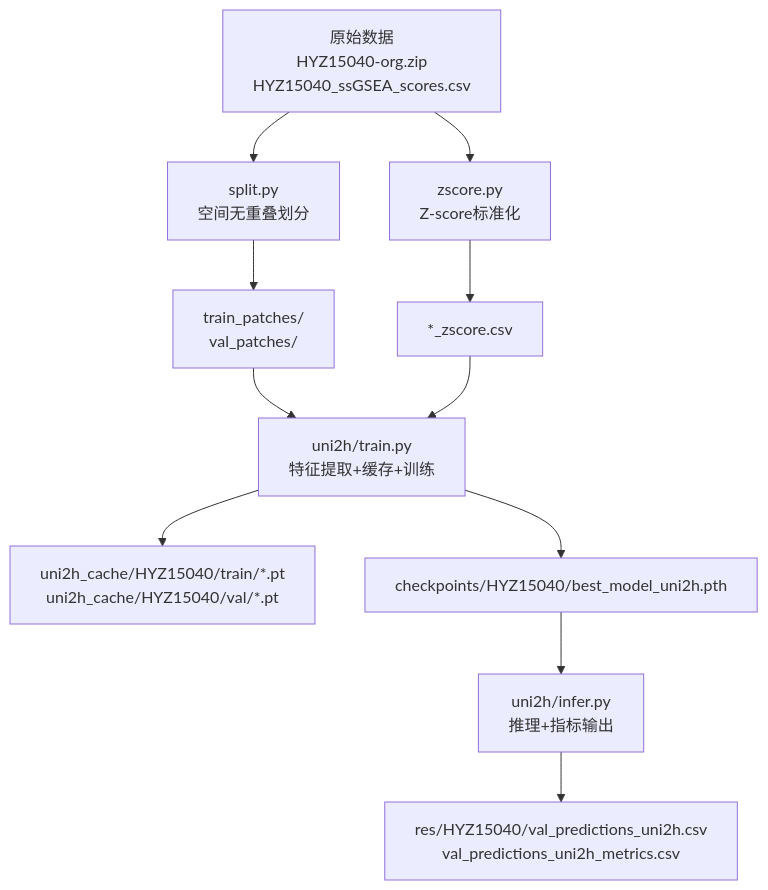
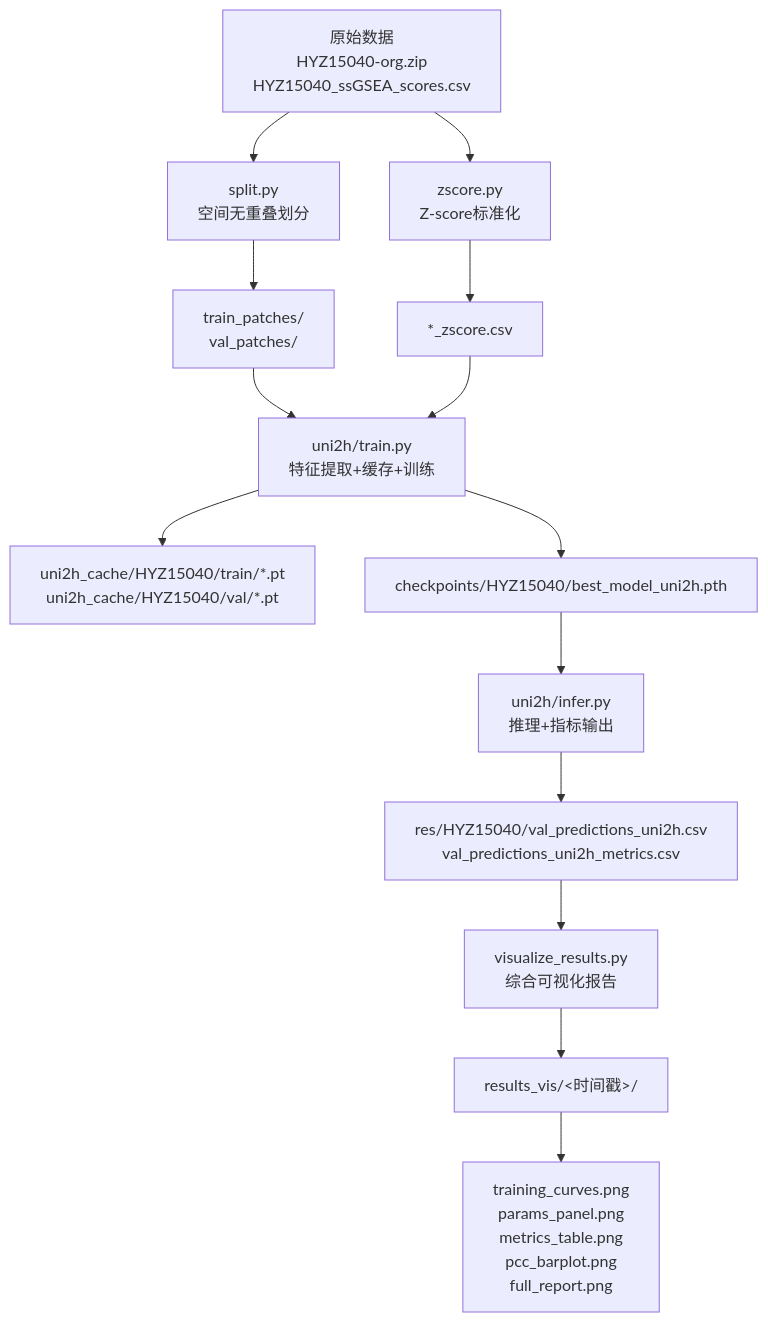
One commit to qzs610038-star/AI-esophagus-cancer-basedon-HF-HT changed the first of 8 diagrams in .qoder/repowiki/zh/content/工具函数库.md. Above: the diagram before and after it, drawn with Mermaid. The commit also changed other lines of this file and 14 other files, not shown here.

````diff
--- a/.qoder/repowiki/zh/content/工具函数库.md
+++ b/.qoder/repowiki/zh/content/工具函数库.md
@@ -43,13 +50,16 @@
 ```mermaid
 graph TB
 A["原始数据<br/>HYZ15040-org.zip<br/>HYZ15040_ssGSEA_scores.csv"] --> B["split.py<br/>空间无重叠划分"]
 A --> C["zscore.py<br/>Z-score标准化"]
 B --> D["train_patches/<br/>val_patches/"]
 C --> E["*_zscore.csv"]
 D --> F["uni2h/train.py<br/>特征提取+缓存+训练"]
 E --> F
 F --> G["uni2h_cache/HYZ15040/train/*.pt<br/>uni2h_cache/HYZ15040/val/*.pt"]
 F --> H["checkpoints/HYZ15040/best_model_uni2h.pth"]
 H --> I["uni2h/infer.py<br/>推理+指标输出"]
 I --> J["res/HYZ15040/val_predictions_uni2h.csv<br/>val_predictions_uni2h_metrics.csv"]
+J --> K["visualize_results.py<br/>综合可视化报告"]
+K --> L["results_vis/<时间戳>/"]
+L --> M["training_curves.png<br/>params_panel.png<br/>metrics_table.png<br/>pcc_barplot.png<br/>full_report.png"]
 ```
````
